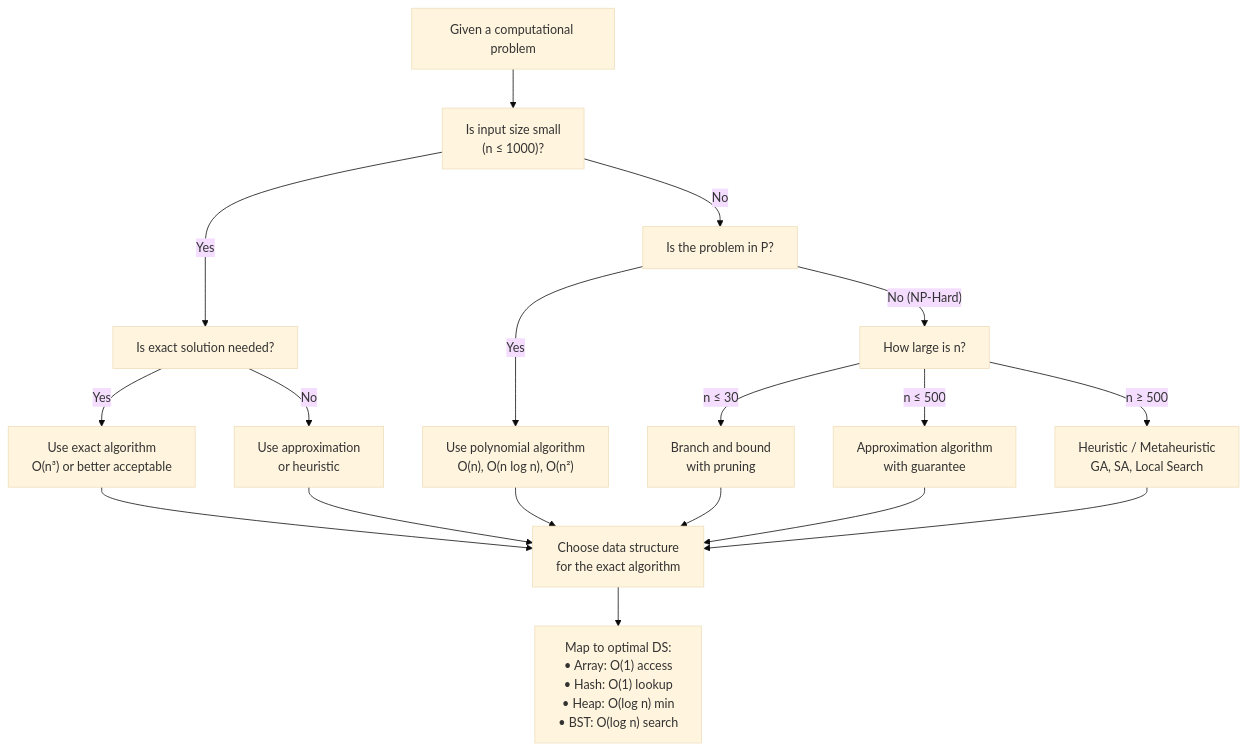
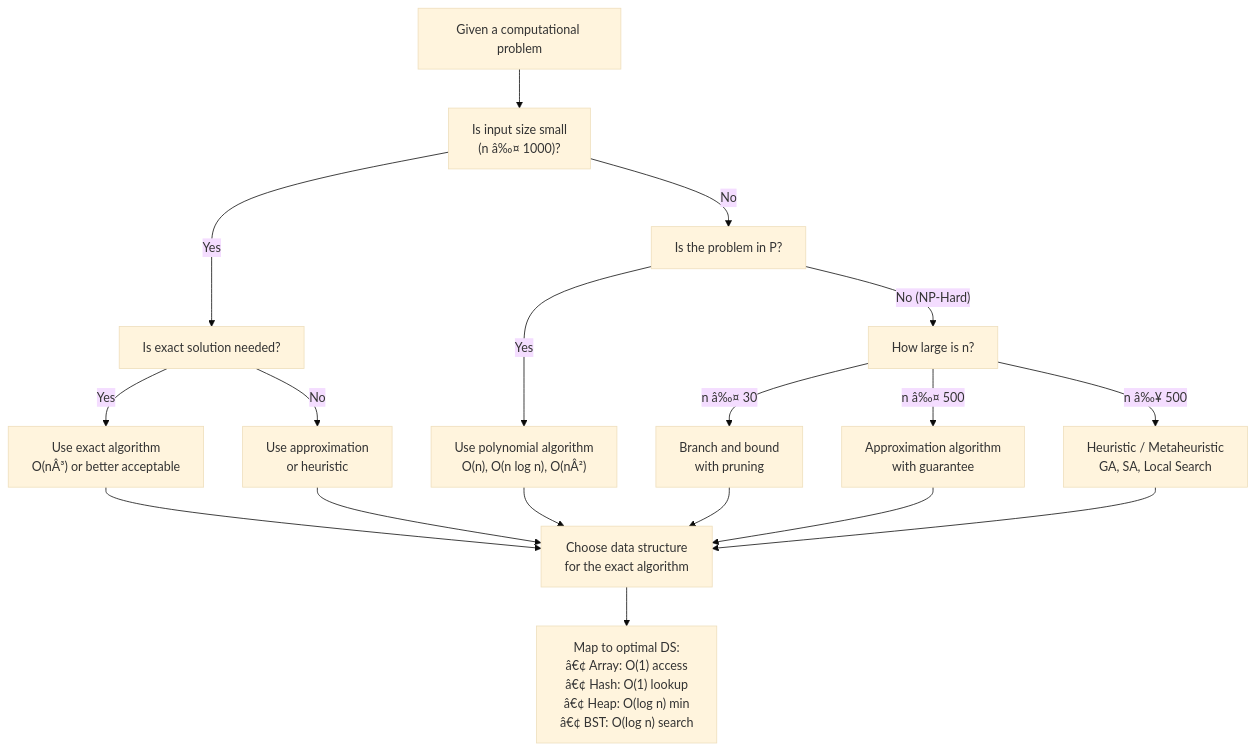
The second of 2 diagrams in docs/courses/data-structures/01-complexity.md (Raushan666java/ai-engineering-journey), drawn with Mermaid (base theme) before and after one commit. The commit also changed other lines of this file and 735 other files, not shown here.

````diff
--- a/docs/courses/data-structures/01-complexity.md
+++ b/docs/courses/data-structures/01-complexity.md
@@ -1386,25 +1386,25 @@
 ```mermaid
 flowchart TD
-    Start["Given a computational problem"] --> Q1["Is input size small<br/>(n ≤ 1000)?"]
+    Start["Given a computational problem"] --> Q1["Is input size small<br/>(n â‰¤ 1000)?"]
     Q1 -->|Yes| Q2["Is exact solution needed?"]
     Q1 -->|No| Q3["Is the problem in P?"]
     
-    Q2 -->|"Yes"| Exact["Use exact algorithm<br/>O(n³) or better acceptable"]
+    Q2 -->|"Yes"| Exact["Use exact algorithm<br/>O(nÂ³) or better acceptable"]
     Q2 -->|"No"| Approx["Use approximation<br/>or heuristic"]
     
-    Q3 -->|"Yes"| Poly["Use polynomial algorithm<br/>O(n), O(n log n), O(n²)"]
+    Q3 -->|"Yes"| Poly["Use polynomial algorithm<br/>O(n), O(n log n), O(nÂ²)"]
     Q3 -->|"No (NP-Hard)"| Q4["How large is n?"]
     
-    Q4 -->|"n ≤ 30"| Branch["Branch and bound<br/>with pruning"]
-    Q4 -->|"n ≤ 500"| Approx2["Approximation algorithm<br/>with guarantee"]
-    Q4 -->|"n ≥ 500"| Heuristic["Heuristic / Metaheuristic<br/>GA, SA, Local Search"]
+    Q4 -->|"n â‰¤ 30"| Branch["Branch and bound<br/>with pruning"]
+    Q4 -->|"n â‰¤ 500"| Approx2["Approximation algorithm<br/>with guarantee"]
+    Q4 -->|"n â‰¥ 500"| Heuristic["Heuristic / Metaheuristic<br/>GA, SA, Local Search"]
     
     Exact --> Choose["Choose data structure<br/>for the exact algorithm"]
     Poly --> Choose
     Approx --> Choose
     Branch --> Choose
     Approx2 --> Choose
     Heuristic --> Choose
     
-    Choose --> DS["Map to optimal DS:<br/>• Array: O(1) access<br/>• Hash: O(1) lookup<br/>• Heap: O(log n) min<br/>• BST: O(log n) search"]
+    Choose --> DS["Map to optimal DS:<br/>â€¢ Array: O(1) access<br/>â€¢ Hash: O(1) lookup<br/>â€¢ Heap: O(log n) min<br/>â€¢ BST: O(log n) search"]
 ```
````
